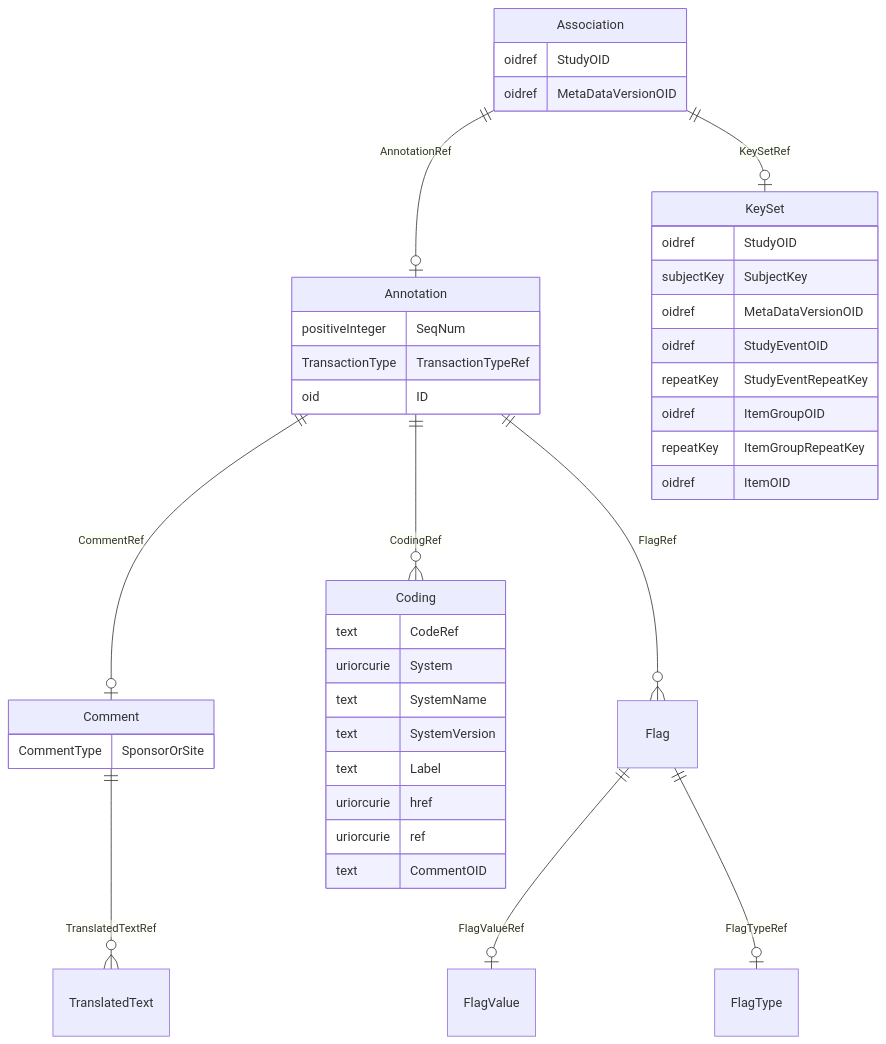
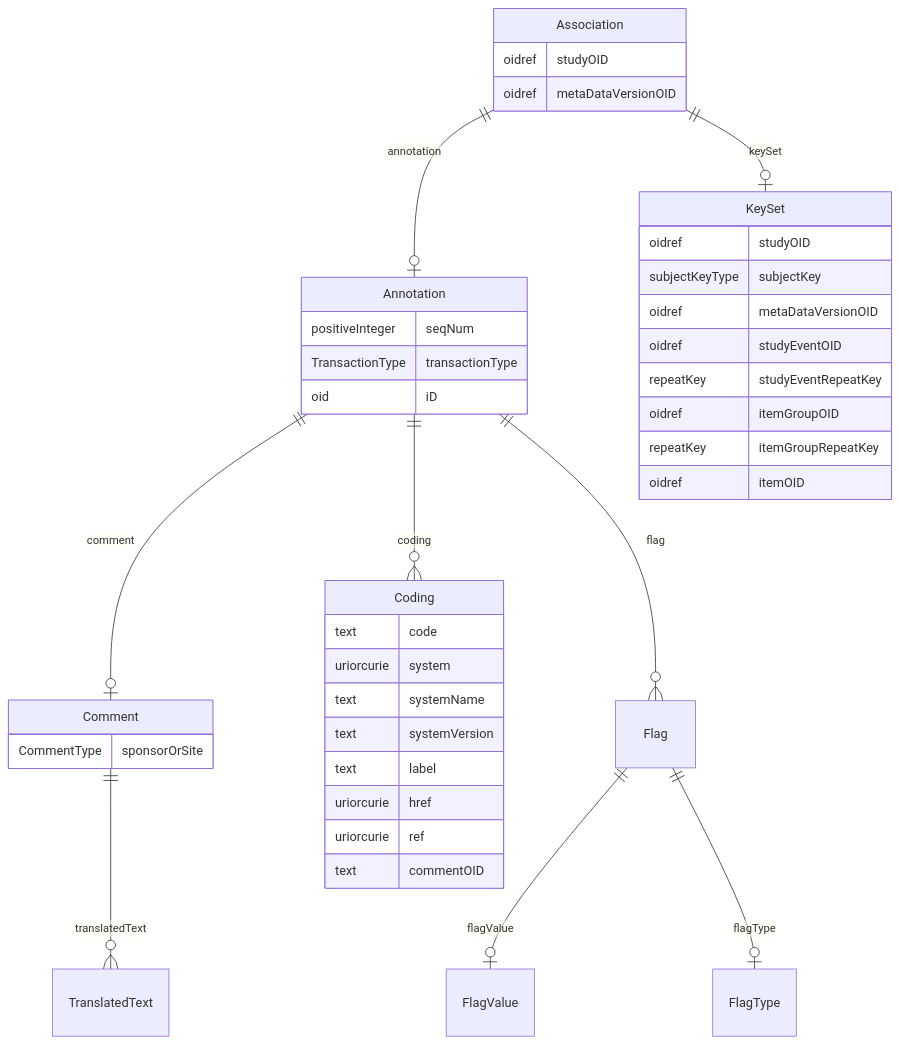
The diagram in docs/Association.md (cdisc-org/DataExchange-ODM-LinkML), drawn with Mermaid before and after one commit. The commit also changed other lines of this file and 759 other files, not shown here.

````diff
--- a/docs/Association.md
+++ b/docs/Association.md
@@ -11,48 +11,48 @@
 ```mermaid
 erDiagram
 Association {
-    oidref StudyOID  
-    oidref MetaDataVersionOID  
+    oidref studyOID  
+    oidref metaDataVersionOID  
 }
 Annotation {
-    positiveInteger SeqNum  
-    TransactionType TransactionTypeRef  
-    oid ID  
+    positiveInteger seqNum  
+    TransactionType transactionType  
+    oid iD  
 }
 Flag {
 
 }
 Coding {
-    text CodeRef  
-    uriorcurie System  
-    text SystemName  
-    text SystemVersion  
-    text Label  
+    text code  
+    uriorcurie system  
+    text systemName  
+    text systemVersion  
+    text label  
     uriorcurie href  
     uriorcurie ref  
-    text CommentOID  
+    text commentOID  
 }
 Comment {
-    CommentType SponsorOrSite  
+    CommentType sponsorOrSite  
 }
 KeySet {
-    oidref StudyOID  
-    subjectKey SubjectKey  
-    oidref MetaDataVersionOID  
-    oidref StudyEventOID  
-    repeatKey StudyEventRepeatKey  
-    oidref ItemGroupOID  
-    repeatKey ItemGroupRepeatKey  
-    oidref ItemOID  
+    oidref studyOID  
+    subjectKeyType subjectKey  
+    oidref metaDataVersionOID  
+    oidref studyEventOID  
+    repeatKey studyEventRepeatKey  
+    oidref itemGroupOID  
+    repeatKey itemGroupRepeatKey  
+    oidref itemOID  
 }
 
-Association ||--|o KeySet : "KeySetRef"
-Association ||--|o Annotation : "AnnotationRef"
-Annotation ||--|o Comment : "CommentRef"
-Annotation ||--}o Coding : "CodingRef"
-Annotation ||--}o Flag : "FlagRef"
-Flag ||--|o FlagValue : "FlagValueRef"
-Flag ||--|o FlagType : "FlagTypeRef"
-Comment ||--}o TranslatedText : "TranslatedTextRef"
+Association ||--|o KeySet : "keySet"
+Association ||--|o Annotation : "annotation"
+Annotation ||--|o Comment : "comment"
+Annotation ||--}o Coding : "coding"
+Annotation ||--}o Flag : "flag"
+Flag ||--|o FlagValue : "flagValue"
+Flag ||--|o FlagType : "flagType"
+Comment ||--}o TranslatedText : "translatedText"
 
 ```
````
